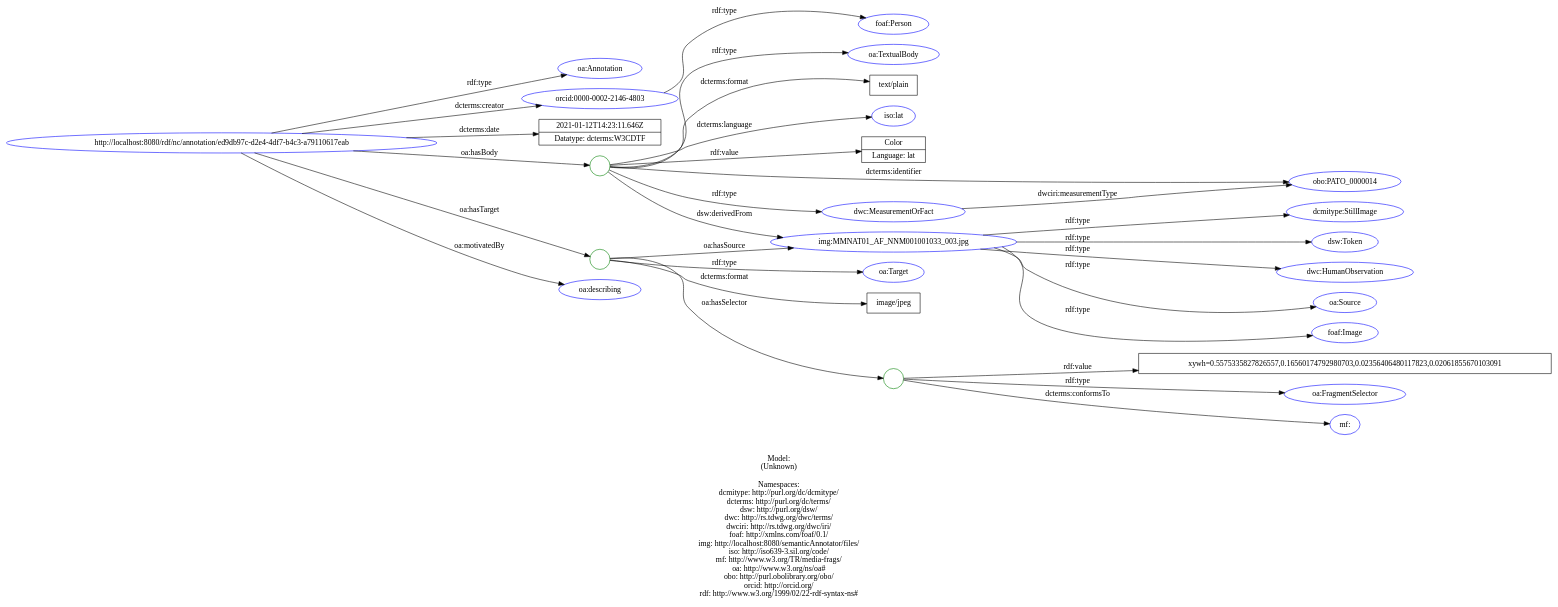
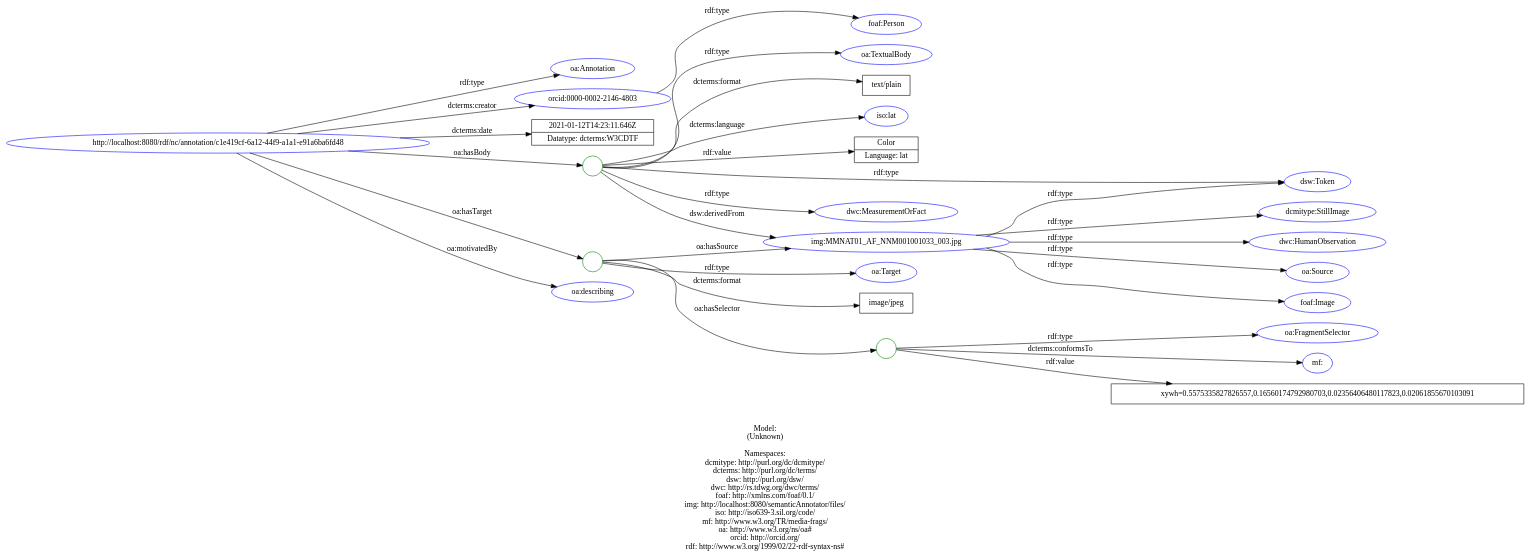
Before and after one commit to lisestork/SFB-Annotator: the diagram in doc/models/example_5_1.dot, drawn with Graphviz. The commit also changed 12 other files, not shown here.

Commit message:
Update data models: example [4-6]_1 #81. - add dsw:Token to Bnode

```diff
--- a/doc/models/example_5_1.dot
+++ b/doc/models/example_5_1.dot
@@ -1,66 +1,64 @@
 digraph {
 	rankdir = LR;
 	charset="utf-8";
 
-	"Rhttp://localhost:8080/rdf/nc/annotation/ed9db97c-d2e4-4df7-b4c3-a79110617eab" -> "Roa:Annotation" [ label="rdf:type" ];
-	"Rhttp://localhost:8080/rdf/nc/annotation/ed9db97c-d2e4-4df7-b4c3-a79110617eab" -> "Rorcid:0000-0002-2146-4803" [ label="dcterms:creator" ];
-	"Rhttp://localhost:8080/rdf/nc/annotation/ed9db97c-d2e4-4df7-b4c3-a79110617eab" -> "L2021-01-12T14:23:11.646Z|Datatype: dcterms:W3CDTF" [ label="dcterms:date" ];
-	"Rhttp://localhost:8080/rdf/nc/annotation/ed9db97c-d2e4-4df7-b4c3-a79110617eab" -> "B_:node1euqlam8lx274" [ label="oa:hasBody" ];
-	"B_:node1euqlam8lx274" -> "Rdwc:MeasurementOrFact" [ label="rdf:type" ];
-	"B_:node1euqlam8lx274" -> "Roa:TextualBody" [ label="rdf:type" ];
-	"B_:node1euqlam8lx274" -> "Ltext/plain" [ label="dcterms:format" ];
-	"B_:node1euqlam8lx274" -> "Robo:PATO_0000014" [ label="dcterms:identifier" ];
-	"B_:node1euqlam8lx274" -> "Riso:lat" [ label="dcterms:language" ];
-	"B_:node1euqlam8lx274" -> "Rimg:MMNAT01_AF_NNM001001033_003.jpg" [ label="dsw:derivedFrom" ];
-	"B_:node1euqlam8lx274" -> "LColor|Language: lat" [ label="rdf:value" ];
-	"Rhttp://localhost:8080/rdf/nc/annotation/ed9db97c-d2e4-4df7-b4c3-a79110617eab" -> "B_:node1euqlam8lx273" [ label="oa:hasTarget" ];
-	"B_:node1euqlam8lx273" -> "Roa:Target" [ label="rdf:type" ];
-	"B_:node1euqlam8lx273" -> "Limage/jpeg" [ label="dcterms:format" ];
-	"B_:node1euqlam8lx273" -> "B_:node1euqlam8lx276" [ label="oa:hasSelector" ];
-	"B_:node1euqlam8lx276" -> "Roa:FragmentSelector" [ label="rdf:type" ];
-	"B_:node1euqlam8lx276" -> "Rmf:" [ label="dcterms:conformsTo" ];
-	"B_:node1euqlam8lx276" -> "Lxywh=0.5575335827826557,0.16560174792980703,0.02356406480117823,0.02061855670103091" [ label="rdf:value" ];
-	"B_:node1euqlam8lx273" -> "Rimg:MMNAT01_AF_NNM001001033_003.jpg" [ label="oa:hasSource" ];
-	"Rhttp://localhost:8080/rdf/nc/annotation/ed9db97c-d2e4-4df7-b4c3-a79110617eab" -> "Roa:describing" [ label="oa:motivatedBy" ];
+	"Rhttp://localhost:8080/rdf/nc/annotation/c1e419cf-6a12-44f9-a1a1-e91a6ba6fd48" -> "Roa:Annotation" [ label="rdf:type" ];
+	"Rhttp://localhost:8080/rdf/nc/annotation/c1e419cf-6a12-44f9-a1a1-e91a6ba6fd48" -> "Rorcid:0000-0002-2146-4803" [ label="dcterms:creator" ];
+	"Rhttp://localhost:8080/rdf/nc/annotation/c1e419cf-6a12-44f9-a1a1-e91a6ba6fd48" -> "L2021-01-12T14:23:11.646Z|Datatype: dcterms:W3CDTF" [ label="dcterms:date" ];
+	"Rhttp://localhost:8080/rdf/nc/annotation/c1e419cf-6a12-44f9-a1a1-e91a6ba6fd48" -> "B_:node1evfesn2mx9" [ label="oa:hasBody" ];
+	"B_:node1evfesn2mx9" -> "Rdsw:Token" [ label="rdf:type" ];
+	"B_:node1evfesn2mx9" -> "Rdwc:MeasurementOrFact" [ label="rdf:type" ];
+	"B_:node1evfesn2mx9" -> "Roa:TextualBody" [ label="rdf:type" ];
+	"B_:node1evfesn2mx9" -> "Ltext/plain" [ label="dcterms:format" ];
+	"B_:node1evfesn2mx9" -> "Riso:lat" [ label="dcterms:language" ];
+	"B_:node1evfesn2mx9" -> "Rimg:MMNAT01_AF_NNM001001033_003.jpg" [ label="dsw:derivedFrom" ];
+	"B_:node1evfesn2mx9" -> "LColor|Language: lat" [ label="rdf:value" ];
+	"Rhttp://localhost:8080/rdf/nc/annotation/c1e419cf-6a12-44f9-a1a1-e91a6ba6fd48" -> "B_:node1evfesn2mx8" [ label="oa:hasTarget" ];
+	"B_:node1evfesn2mx8" -> "Roa:Target" [ label="rdf:type" ];
+	"B_:node1evfesn2mx8" -> "Limage/jpeg" [ label="dcterms:format" ];
+	"B_:node1evfesn2mx8" -> "B_:node1evfesn2mx11" [ label="oa:hasSelector" ];
+	"B_:node1evfesn2mx11" -> "Roa:FragmentSelector" [ label="rdf:type" ];
+	"B_:node1evfesn2mx11" -> "Rmf:" [ label="dcterms:conformsTo" ];
+	"B_:node1evfesn2mx11" -> "Lxywh=0.5575335827826557,0.16560174792980703,0.02356406480117823,0.02061855670103091" [ label="rdf:value" ];
+	"B_:node1evfesn2mx8" -> "Rimg:MMNAT01_AF_NNM001001033_003.jpg" [ label="oa:hasSource" ];
+	"Rhttp://localhost:8080/rdf/nc/annotation/c1e419cf-6a12-44f9-a1a1-e91a6ba6fd48" -> "Roa:describing" [ label="oa:motivatedBy" ];
 	"Rorcid:0000-0002-2146-4803" -> "Rfoaf:Person" [ label="rdf:type" ];
 	"Rimg:MMNAT01_AF_NNM001001033_003.jpg" -> "Rdcmitype:StillImage" [ label="rdf:type" ];
 	"Rimg:MMNAT01_AF_NNM001001033_003.jpg" -> "Rdsw:Token" [ label="rdf:type" ];
 	"Rimg:MMNAT01_AF_NNM001001033_003.jpg" -> "Rdwc:HumanObservation" [ label="rdf:type" ];
 	"Rimg:MMNAT01_AF_NNM001001033_003.jpg" -> "Roa:Source" [ label="rdf:type" ];
 	"Rimg:MMNAT01_AF_NNM001001033_003.jpg" -> "Rfoaf:Image" [ label="rdf:type" ];
-	"Rdwc:MeasurementOrFact" -> "Robo:PATO_0000014" [ label="dwciri:measurementType" ];
 
 	// Resources
-	"Rhttp://localhost:8080/rdf/nc/annotation/ed9db97c-d2e4-4df7-b4c3-a79110617eab" [ label="http://localhost:8080/rdf/nc/annotation/ed9db97c-d2e4-4df7-b4c3-a79110617eab", shape = ellipse, color = blue ];
+	"Rhttp://localhost:8080/rdf/nc/annotation/c1e419cf-6a12-44f9-a1a1-e91a6ba6fd48" [ label="http://localhost:8080/rdf/nc/annotation/c1e419cf-6a12-44f9-a1a1-e91a6ba6fd48", shape = ellipse, color = blue ];
 	"Roa:Annotation" [ label="oa:Annotation", shape = ellipse, color = blue ];
 	"Rorcid:0000-0002-2146-4803" [ label="orcid:0000-0002-2146-4803", shape = ellipse, color = blue ];
+	"Rdsw:Token" [ label="dsw:Token", shape = ellipse, color = blue ];
 	"Rdwc:MeasurementOrFact" [ label="dwc:MeasurementOrFact", shape = ellipse, color = blue ];
 	"Roa:TextualBody" [ label="oa:TextualBody", shape = ellipse, color = blue ];
-	"Robo:PATO_0000014" [ label="obo:PATO_0000014", shape = ellipse, color = blue ];
 	"Riso:lat" [ label="iso:lat", shape = ellipse, color = blue ];
 	"Rimg:MMNAT01_AF_NNM001001033_003.jpg" [ label="img:MMNAT01_AF_NNM001001033_003.jpg", shape = ellipse, color = blue ];
 	"Roa:Target" [ label="oa:Target", shape = ellipse, color = blue ];
 	"Roa:FragmentSelector" [ label="oa:FragmentSelector", shape = ellipse, color = blue ];
 	"Rmf:" [ label="mf:", shape = ellipse, color = blue ];
 	"Roa:describing" [ label="oa:describing", shape = ellipse, color = blue ];
 	"Rfoaf:Person" [ label="foaf:Person", shape = ellipse, color = blue ];
 	"Rdcmitype:StillImage" [ label="dcmitype:StillImage", shape = ellipse, color = blue ];
-	"Rdsw:Token" [ label="dsw:Token", shape = ellipse, color = blue ];
 	"Rdwc:HumanObservation" [ label="dwc:HumanObservation", shape = ellipse, color = blue ];
 	"Roa:Source" [ label="oa:Source", shape = ellipse, color = blue ];
 	"Rfoaf:Image" [ label="foaf:Image", shape = ellipse, color = blue ];
 
 	// Anonymous nodes
-	"B_:node1euqlam8lx274" [ label="", shape = circle, color = green ];
-	"B_:node1euqlam8lx273" [ label="", shape = circle, color = green ];
-	"B_:node1euqlam8lx276" [ label="", shape = circle, color = green ];
+	"B_:node1evfesn2mx9" [ label="", shape = circle, color = green ];
+	"B_:node1evfesn2mx8" [ label="", shape = circle, color = green ];
+	"B_:node1evfesn2mx11" [ label="", shape = circle, color = green ];
 
 	// Literals
 	"L2021-01-12T14:23:11.646Z|Datatype: dcterms:W3CDTF" [ label="2021-01-12T14:23:11.646Z|Datatype: dcterms:W3CDTF", shape = record ];
 	"Ltext/plain" [ label="text/plain", shape = record ];
 	"LColor|Language: lat" [ label="Color|Language: lat", shape = record ];
 	"Limage/jpeg" [ label="image/jpeg", shape = record ];
 	"Lxywh=0.5575335827826557,0.16560174792980703,0.02356406480117823,0.02061855670103091" [ label="xywh=0.5575335827826557,0.16560174792980703,0.02356406480117823,0.02061855670103091", shape = record ];
 
-	label="\n\nModel:\n(Unknown)\n\nNamespaces:\ndcmitype: http://purl.org/dc/dcmitype/\ndcterms: http://purl.org/dc/terms/\ndsw: http://purl.org/dsw/\ndwc: http://rs.tdwg.org/dwc/terms/\ndwciri: http://rs.tdwg.org/dwc/iri/\nfoaf: http://xmlns.com/foaf/0.1/\nimg: http://localhost:8080/semanticAnnotator/files/\niso: http://iso639-3.sil.org/code/\nmf: http://www.w3.org/TR/media-frags/\noa: http://www.w3.org/ns/oa#\nobo: http://purl.obolibrary.org/obo/\norcid: http://orcid.org/\nrdf: http://www.w3.org/1999/02/22-rdf-syntax-ns#\n";
+	label="\n\nModel:\n(Unknown)\n\nNamespaces:\ndcmitype: http://purl.org/dc/dcmitype/\ndcterms: http://purl.org/dc/terms/\ndsw: http://purl.org/dsw/\ndwc: http://rs.tdwg.org/dwc/terms/\nfoaf: http://xmlns.com/foaf/0.1/\nimg: http://localhost:8080/semanticAnnotator/files/\niso: http://iso639-3.sil.org/code/\nmf: http://www.w3.org/TR/media-frags/\noa: http://www.w3.org/ns/oa#\norcid: http://orcid.org/\nrdf: http://www.w3.org/1999/02/22-rdf-syntax-ns#\n";
 }
```
